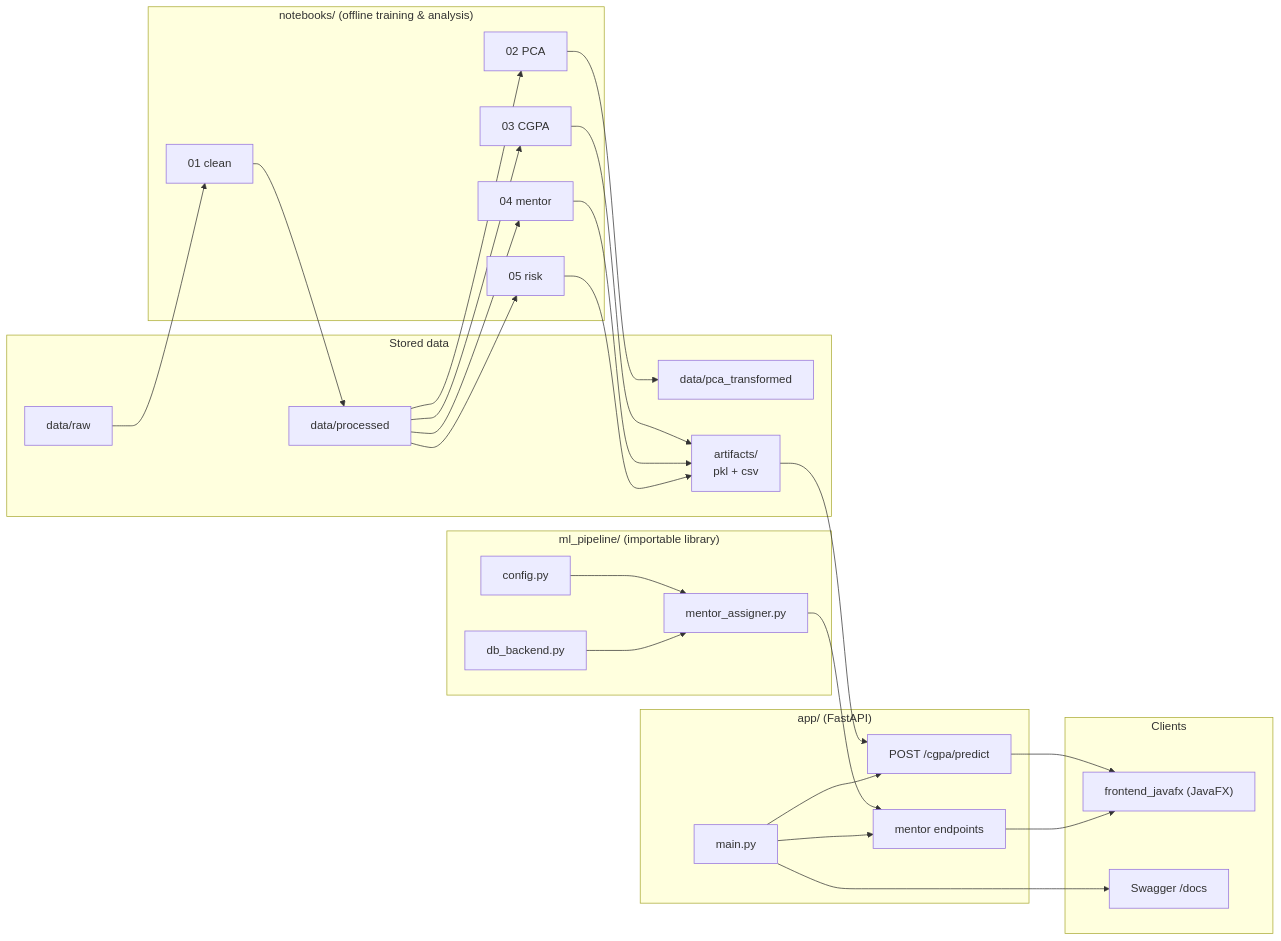
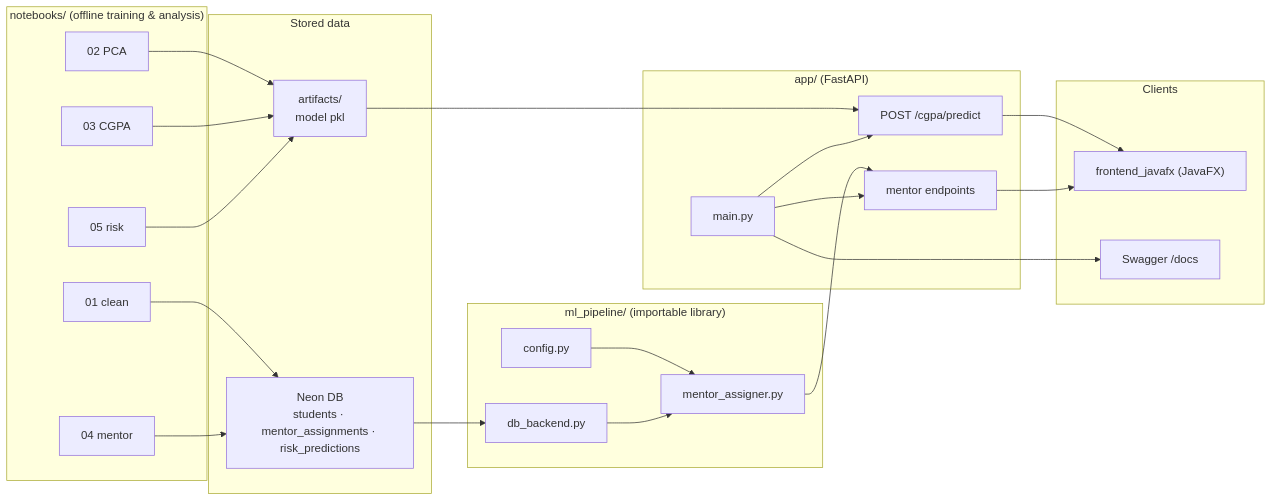
One commit to cybodexx/edu-growth changed the second of 6 diagrams in README.md. Above: the diagram before and after it, drawn with Mermaid. The commit also changed other lines of this file and 19 other files, not shown here.

````diff
--- a/README.md
+++ b/README.md
@@ -59,49 +52,48 @@
 ```mermaid
 flowchart LR
     subgraph Stored["Stored data"]
-        RAW["data/raw"]
-        PROC["data/processed"]
-        PCA["data/pca_transformed"]
-        ART["artifacts/<br/>pkl + csv"]
+        NEON["Neon DB<br/>students · mentor_assignments · risk_predictions"]
+        ART["artifacts/<br/>model pkl"]
     end
 
     subgraph Training["notebooks/ (offline training & analysis)"]
         N1["01 clean"]
         N2["02 PCA"]
         N3["03 CGPA"]
         N4["04 mentor"]
         N5["05 risk"]
     end
 
     subgraph Runtime["ml_pipeline/ (importable library)"]
         CFG["config.py"]
         MA["mentor_assigner.py"]
         DB["db_backend.py"]
     end
 
     subgraph Service["app/ (FastAPI)"]
         MAIN["main.py"]
         CGP["POST /cgpa/predict"]
         MEN["mentor endpoints"]
     end
 
     subgraph Client["Clients"]
         JFX["frontend_javafx (JavaFX)"]
         DOCS["Swagger /docs"]
     end
 
-    RAW --> N1 --> PROC
-    PROC --> N2 --> PCA
-    PROC --> N3 --> ART
-    PROC --> N4 --> ART
-    PROC --> N5 --> ART
+    N1 --> NEON
+    N2 --> ART
+    N3 --> ART
+    N4 --> NEON
+    N5 --> ART
     ART --> CGP
     CFG --> MA
+    NEON --> DB
+    DB --> MA
     MA --> MEN
-    DB --> MA
     MAIN --> CGP
     MAIN --> MEN
     CGP --> JFX
     MEN --> JFX
     MAIN --> DOCS
 ```
````
